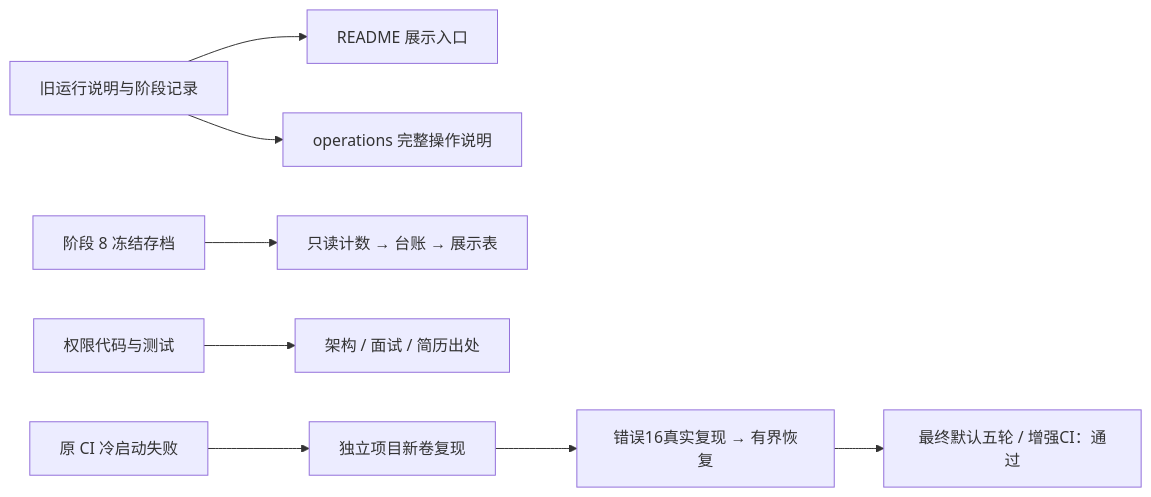
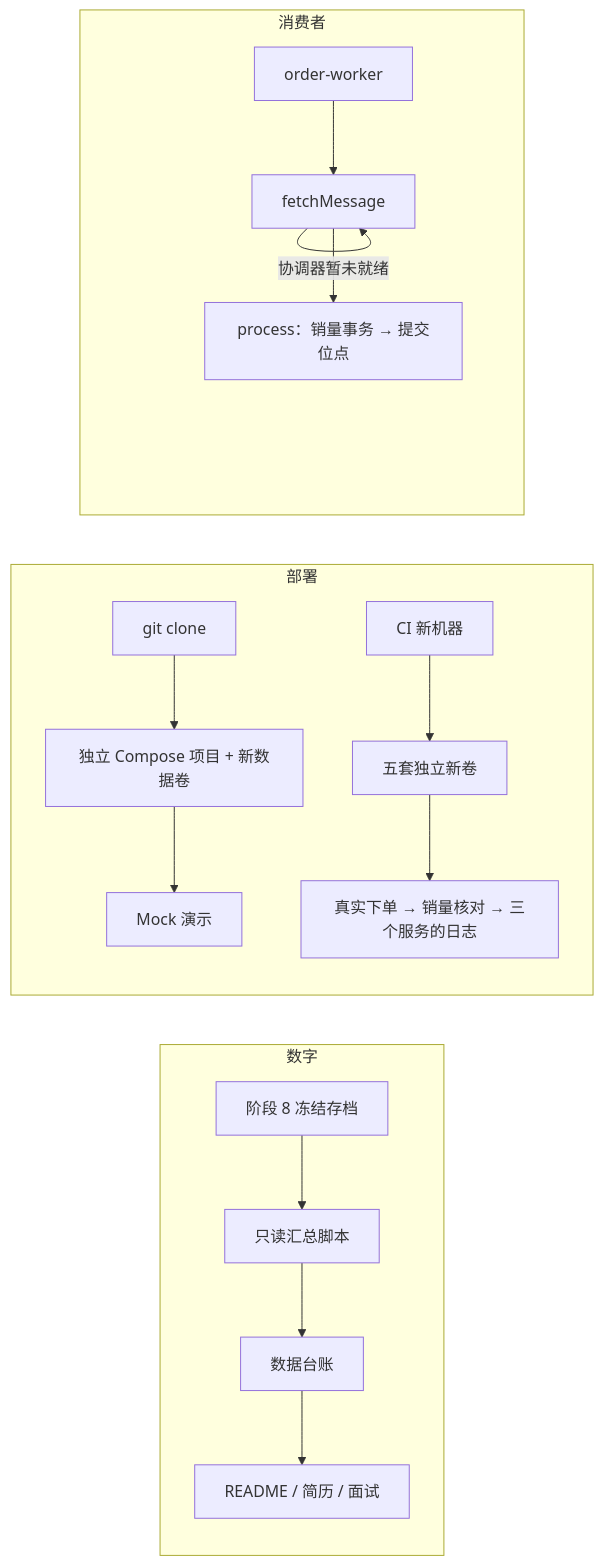
One commit to Li-Nepenthe/opsdoctor changed the diagram in docs/learn/phase-10-showcase.md. Above: the diagram before and after it, drawn with Mermaid. The commit also changed other lines of this file and 5 other files, not shown here.

````diff
--- a/docs/learn/phase-10-showcase.md
+++ b/docs/learn/phase-10-showcase.md
@@ -14,10 +39,19 @@
 ```mermaid
 flowchart LR
-    A[旧运行说明与阶段记录] --> B[README 展示入口]
-    A --> C[operations 完整操作说明]
-    D[阶段 8 冻结存档] --> E[只读计数 → 台账 → 展示表]
-    F[权限代码与测试] --> G[架构 / 面试 / 简历出处]
-    H[原 CI 冷启动失败] --> I[独立项目新卷复现]
-    I --> J[错误16真实复现 → 有界恢复]
-    J --> K[最终默认五轮 / 增强CI：通过]
+    subgraph numbers["数字"]
+        A[阶段 8 冻结存档] --> B[只读汇总脚本]
+        B --> C[数据台账]
+        C --> D[README / 简历 / 面试]
+    end
+    subgraph deploy["部署"]
+        E[git clone] --> F[独立 Compose 项目 + 新数据卷]
+        F --> G[Mock 演示]
+        H[CI 新机器] --> I[五套独立新卷]
+        I --> J[真实下单 → 销量核对 → 三个服务的日志]
+    end
+    subgraph worker["消费者"]
+        K[order-worker] --> L[fetchMessage]
+        L -->|协调器暂未就绪| L
+        L --> M[process：销量事务 → 提交位点]
+    end
 ```
````
